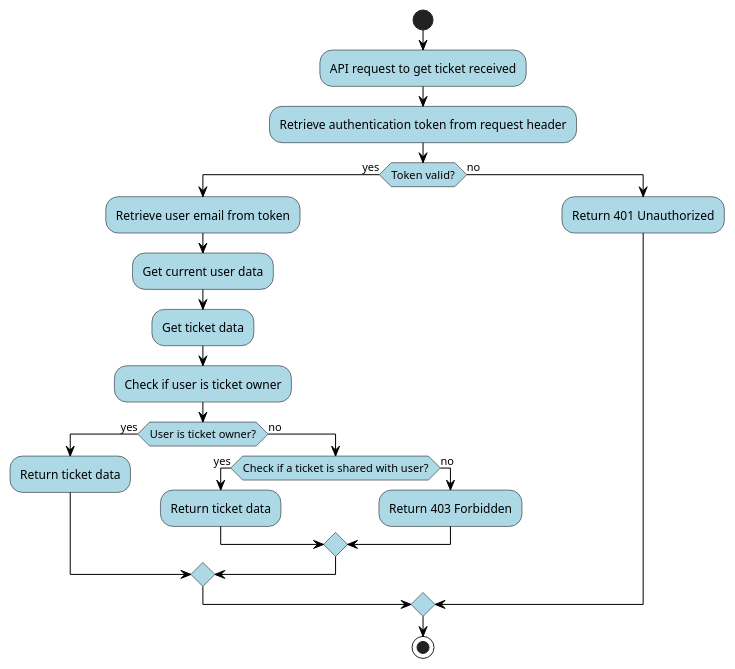
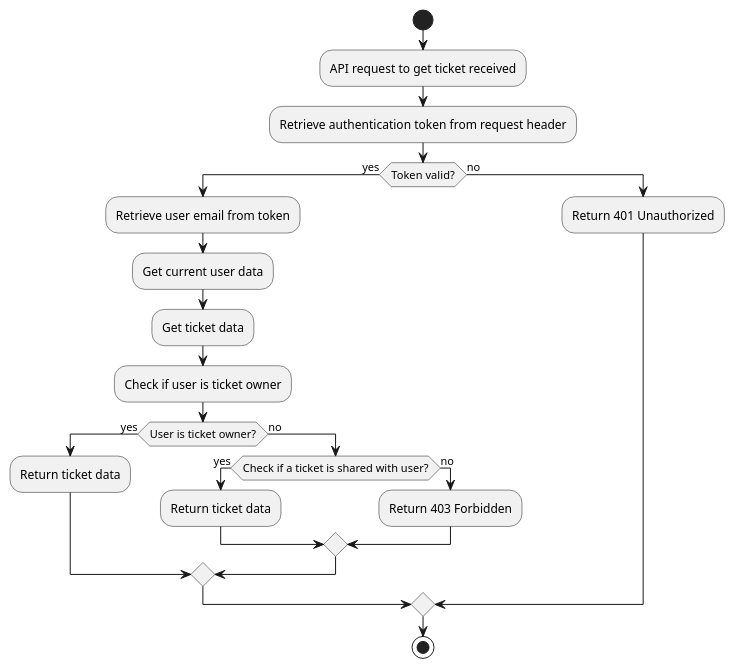
One commit to Dominik-Gubrynowicz/iu-ticket changed the diagram in UML/Activity/Auth.puml. Above: the diagram before and after it, drawn with PlantUML. The commit also changed 5 other files, not shown here.

Commit message:
feat: update diagrams to include session storage

```diff
--- a/UML/Activity/Auth.puml
+++ b/UML/Activity/Auth.puml
@@ -1,32 +1,29 @@
 @startuml
-skinparam ActivityBackgroundColor LightBlue
-skinparam ActivityBorderColor Black
-skinparam ArrowColor Black
 
 start
 
 :API request to get ticket received;
 
 :Retrieve authentication token from request header;
 
 if (Token valid?) then (yes)
 
     :Retrieve user email from token;
     :Get current user data;
     :Get ticket data;
     :Check if user is ticket owner;
     if (User is ticket owner?) then (yes)
         :Return ticket data;
     else (no)
         if (Check if a ticket is shared with user?) then (yes)
             :Return ticket data;
         else (no)
             :Return 403 Forbidden;
         endif
     endif
 else (no)
   :Return 401 Unauthorized;
 endif
 
 stop
 @enduml
```
